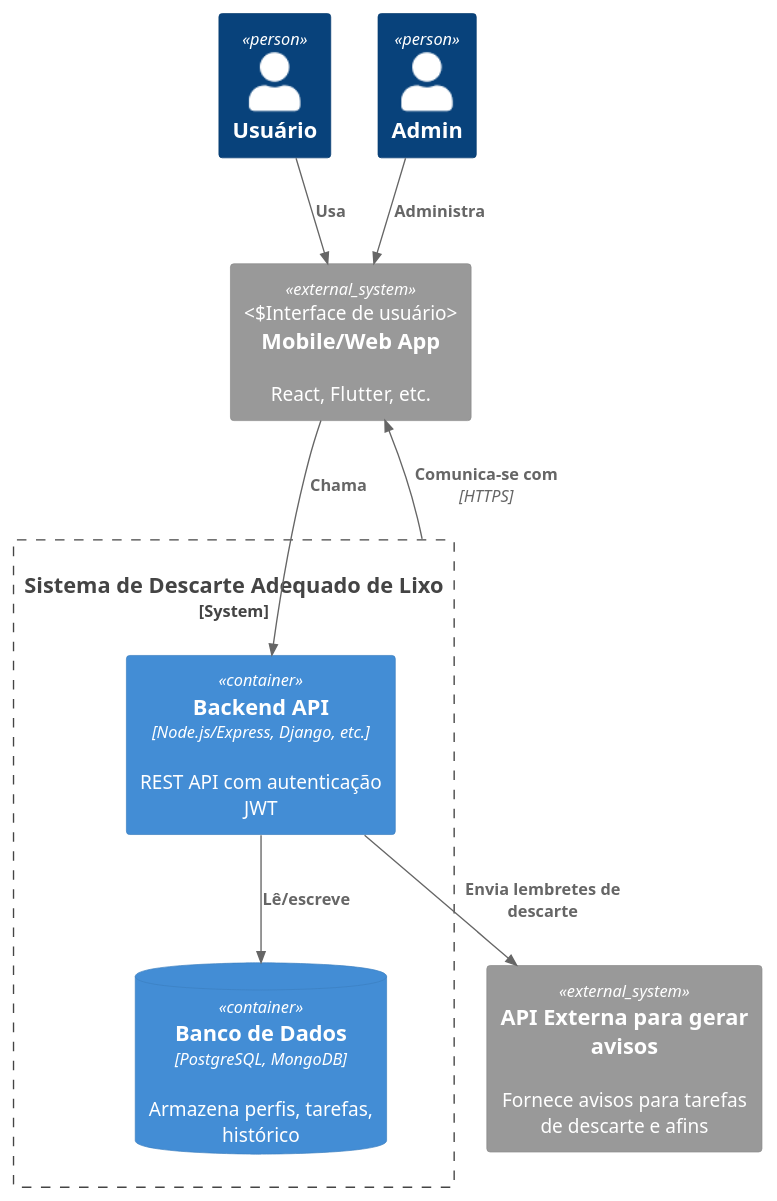
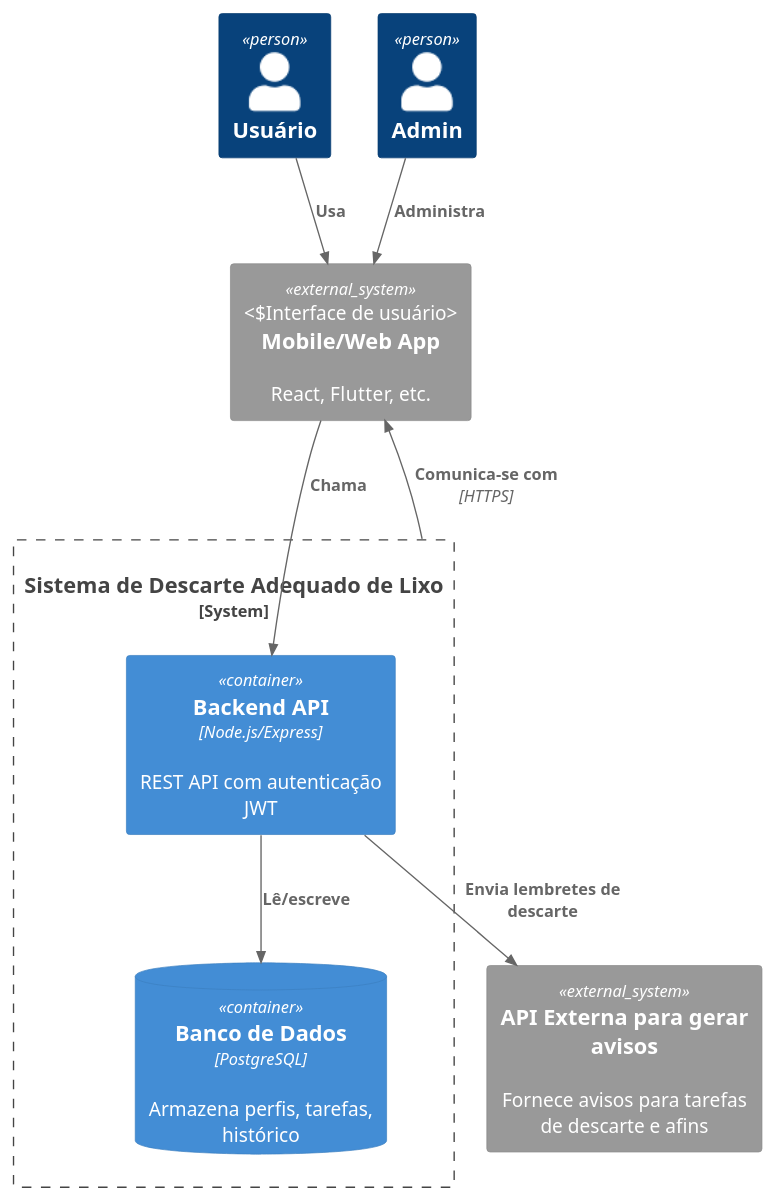
One commit to vitorotto/Faccat_Backend_G1 changed the diagram in diagramasC4/container.puml. Above: the diagram before and after it, drawn with PlantUML. The commit also changed 2 other files, not shown here.

Commit message:
ADD: Alteração na resposta do controller e edição dos diagramas PlantUML

```diff
--- a/diagramasC4/container.puml
+++ b/diagramasC4/container.puml
@@ -1,22 +1,22 @@
 @startuml C4_Container
 !include https://raw.githubusercontent.com/plantuml-stdlib/C4-PlantUML/master/C4_Container.puml
 
 Person(user, "Usuário")
 Person(admin, "Admin")
 
 System_Boundary(system, "Sistema de Descarte Adequado de Lixo") {
-    Container(api, "Backend API", "Node.js/Express, Django, etc.", "REST API com autenticação JWT")
-    ContainerDb(db, "Banco de Dados", "PostgreSQL, MongoDB", "Armazena perfis, tarefas, histórico")
+    Container(api, "Backend API", "Node.js/Express", "REST API com autenticação JWT")
+    ContainerDb(db, "Banco de Dados", "PostgreSQL", "Armazena perfis, tarefas, histórico")
 }
 
 System_Ext(webApp, "Mobile/Web App", "React, Flutter, etc.", "Interface de usuário")
 System_Ext(apiAvisos, "API Externa para gerar avisos", "Fornece avisos para tarefas de descarte e afins")
 
 Rel(user, webApp, "Usa")
 Rel(admin, webApp, "Administra")
 Rel(webApp, api, "Chama")
 Rel(api, db, "Lê/escreve")
 Rel(api, apiAvisos, "Envia lembretes de descarte")
 Rel(system, webApp, "Comunica-se com", "HTTPS")
 
 @enduml
```
